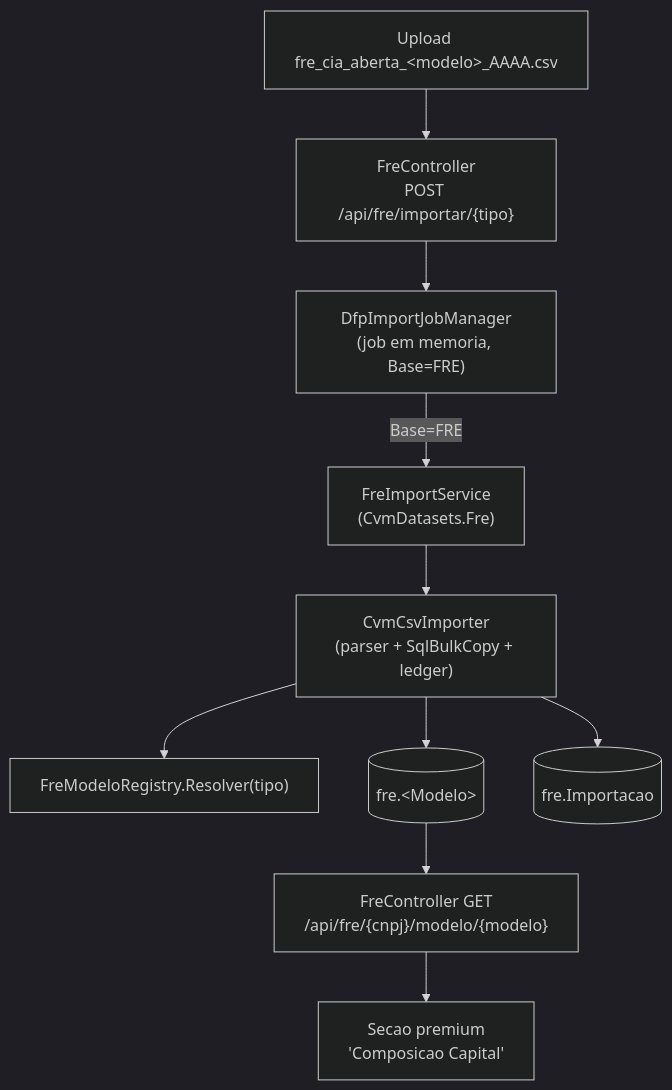
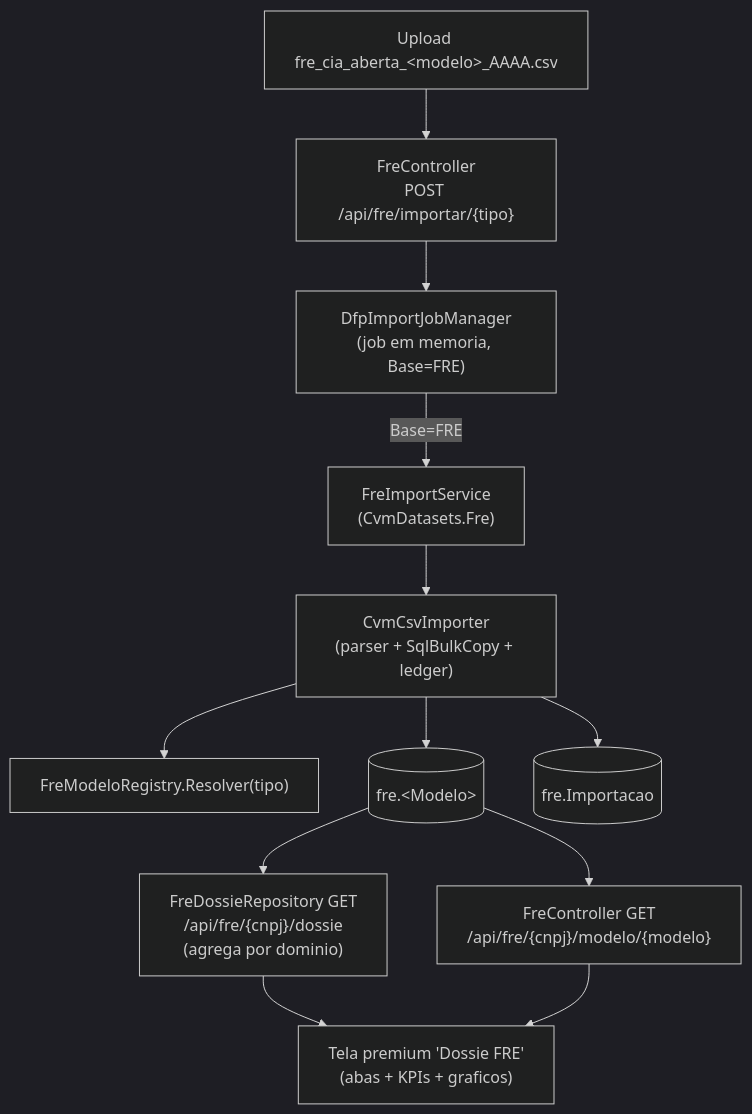
One commit to fsantos-holding/austral-credit-analytics-ia changed the diagram in docs/arquitetura-importacao-fre.md. Above: the diagram before and after it, drawn with Mermaid (dark theme). The commit also changed other lines of this file and 8 other files, not shown here.

Commit message:
Add Dossiê FRE feature with new UI components and backend integration. Implemented a new endpoint for consolidated company data, enhanced frontend layout with tabs and charts, and added necessary styles for improved user experience.

````diff
--- a/docs/arquitetura-importacao-fre.md
+++ b/docs/arquitetura-importacao-fre.md
@@ -13,12 +13,14 @@
 ```mermaid
 flowchart TD
     up["Upload fre_cia_aberta_&lt;modelo&gt;_AAAA.csv"] --> ctl["FreController\nPOST /api/fre/importar/{tipo}"]
     ctl --> jm["DfpImportJobManager\n(job em memoria, Base=FRE)"]
     jm -->|Base=FRE| svc["FreImportService\n(CvmDatasets.Fre)"]
     svc --> core["CvmCsvImporter\n(parser + SqlBulkCopy + ledger)"]
     core --> reg["FreModeloRegistry.Resolver(tipo)"]
     core --> tbl[("fre.&lt;Modelo&gt;")]
     core --> led[("fre.Importacao")]
+    tbl --> dos["FreDossieRepository GET\n/api/fre/{cnpj}/dossie\n(agrega por dominio)"]
     tbl --> read["FreController GET\n/api/fre/{cnpj}/modelo/{modelo}"]
-    read --> ui["Secao premium\n'Composicao Capital'"]
+    dos --> ui["Tela premium 'Dossie FRE'\n(abas + KPIs + graficos)"]
+    read --> ui
 ```
````
